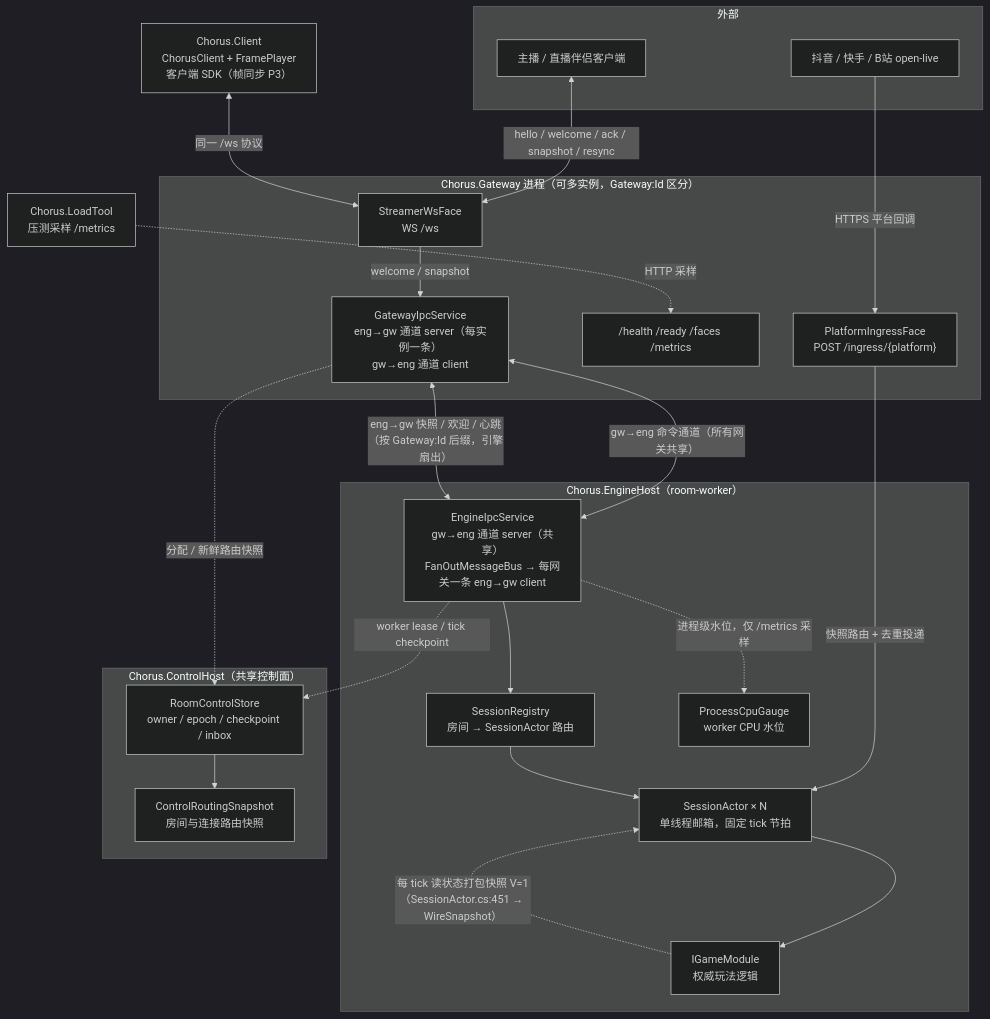
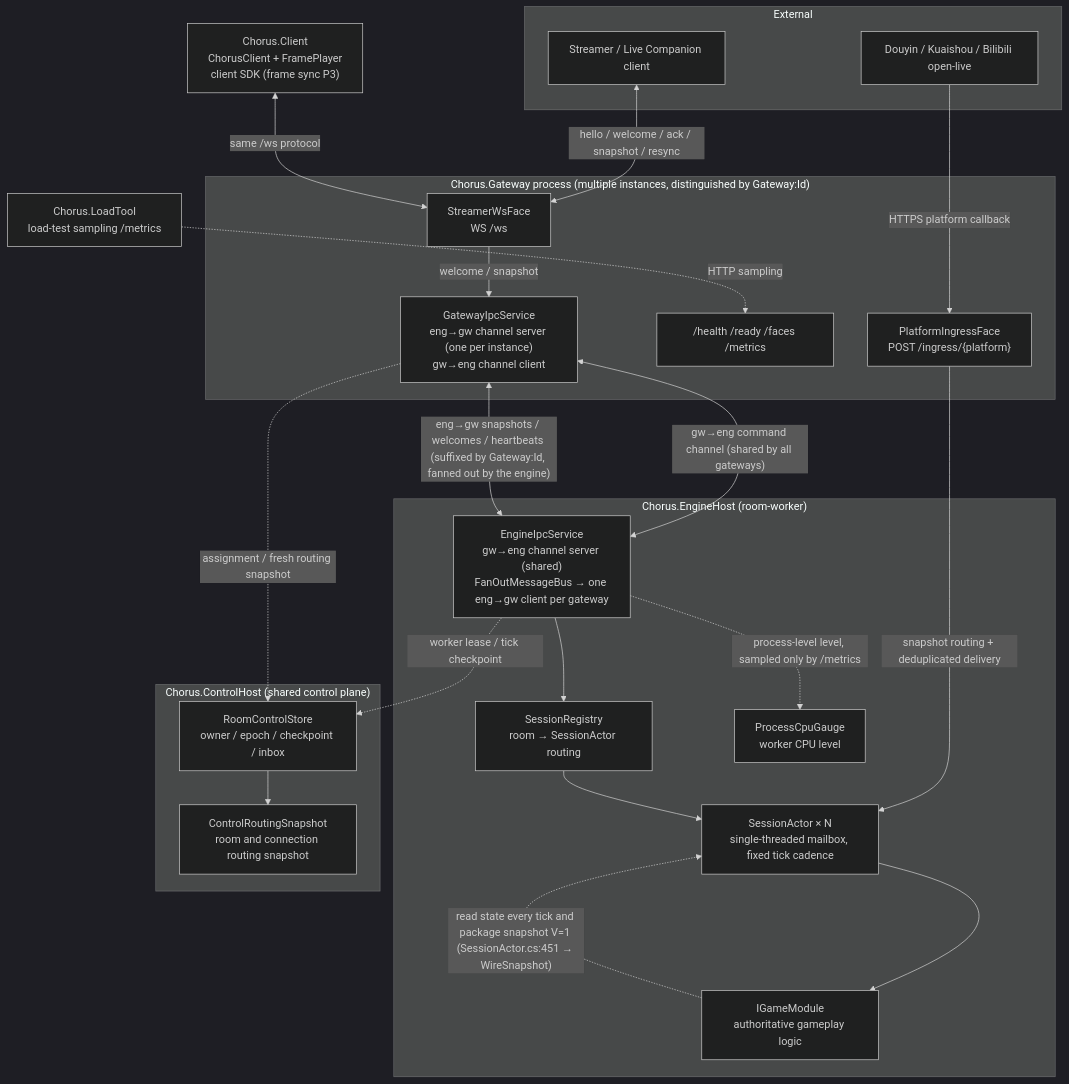
One commit to cuihairu/chorus changed the diagram in docs/design/architecture-overview.md. Above: the diagram before and after it, drawn with Mermaid (dark theme). The commit also changed 59 other files, not shown here.

````diff
--- a/docs/design/architecture-overview.md
+++ b/docs/design/architecture-overview.md
@@ -12,45 +12,45 @@
 ```mermaid
 flowchart TB
-  subgraph EXT["外部"]
-    P["抖音 / 快手 / B站 open-live"]
-    C["主播 / 直播伴侣客户端"]
+  subgraph EXT["External"]
+    P["Douyin / Kuaishou / Bilibili open-live"]
+    C["Streamer / Live Companion client"]
   end
 
-  subgraph GW["Chorus.Gateway 进程（可多实例，Gateway:Id 区分）"]
+  subgraph GW["Chorus.Gateway process (multiple instances, distinguished by Gateway:Id)"]
     INGRESS["PlatformIngressFace<br/>POST /ingress/{platform}"]
     WS["StreamerWsFace<br/>WS /ws"]
     OPS["/health /ready /faces /metrics"]
-    GWIPC["GatewayIpcService<br/>eng→gw 通道 server（每实例一条）<br/>gw→eng 通道 client"]
+    GWIPC["GatewayIpcService<br/>eng→gw channel server (one per instance)<br/>gw→eng channel client"]
   end
 
-  subgraph WORKER["Chorus.EngineHost（room-worker）"]
-    ENGIPC["EngineIpcService<br/>gw→eng 通道 server（共享）<br/>FanOutMessageBus → 每网关一条 eng→gw client"]
-    REG["SessionRegistry<br/>房间 → SessionActor 路由"]
-    SA["SessionActor × N<br/>单线程邮箱，固定 tick 节拍"]
-    GM["IGameModule<br/>权威玩法逻辑"]
-    CPU["ProcessCpuGauge<br/>worker CPU 水位"]
+  subgraph WORKER["Chorus.EngineHost (room-worker)"]
+    ENGIPC["EngineIpcService<br/>gw→eng channel server (shared)<br/>FanOutMessageBus → one eng→gw client per gateway"]
+    REG["SessionRegistry<br/>room → SessionActor routing"]
+    SA["SessionActor × N<br/>single-threaded mailbox, fixed tick cadence"]
+    GM["IGameModule<br/>authoritative gameplay logic"]
+    CPU["ProcessCpuGauge<br/>worker CPU level"]
   end
 
-  subgraph CONTROL["Chorus.ControlHost（共享控制面）"]
+  subgraph CONTROL["Chorus.ControlHost (shared control plane)"]
     ROOMDB["RoomControlStore<br/>owner / epoch / checkpoint / inbox"]
-    ROUTING["ControlRoutingSnapshot<br/>房间与连接路由快照"]
+    ROUTING["ControlRoutingSnapshot<br/>room and connection routing snapshot"]
   end
 
-  LOADTOOL["Chorus.LoadTool<br/>压测采样 /metrics"]
-  SDK["Chorus.Client<br/>ChorusClient + FramePlayer<br/>客户端 SDK（帧同步 P3）"]
+  LOADTOOL["Chorus.LoadTool<br/>load-test sampling /metrics"]
+  SDK["Chorus.Client<br/>ChorusClient + FramePlayer<br/>client SDK (frame sync P3)"]
 
-  P -->|"HTTPS 平台回调"| INGRESS
+  P -->|"HTTPS platform callback"| INGRESS
   C <-->|"hello / welcome / ack / snapshot / resync"| WS
-  SDK <-->|"同一 /ws 协议"| WS
-  INGRESS -->|"快照路由 + 去重投递"| SA
+  SDK <-->|"same /ws protocol"| WS
+  INGRESS -->|"snapshot routing + deduplicated delivery"| SA
   WS -->|"welcome / snapshot"| GWIPC
-  GWIPC <-->|"gw→eng 命令通道（所有网关共享）"| ENGIPC
-  ENGIPC <-->|"eng→gw 快照 / 欢迎 / 心跳（按 Gateway:Id 后缀，引擎扇出）"| GWIPC
+  GWIPC <-->|"gw→eng command channel (shared by all gateways)"| ENGIPC
+  ENGIPC <-->|"eng→gw snapshots / welcomes / heartbeats (suffixed by Gateway:Id, fanned out by the engine)"| GWIPC
   ENGIPC --> REG --> SA --> GM
-  GWIPC -.->|"分配 / 新鲜路由快照"| ROOMDB
+  GWIPC -.->|"assignment / fresh routing snapshot"| ROOMDB
   ENGIPC -.->|"worker lease / tick checkpoint"| ROOMDB
   ROOMDB --> ROUTING
-  GM -.->|"每 tick 读状态打包快照 V=1（SessionActor.cs:451 → WireSnapshot）"| SA
-  ENGIPC -.->|"进程级水位，仅 /metrics 采样"| CPU
-  LOADTOOL -.->|"HTTP 采样"| OPS
+  GM -.->|"read state every tick and package snapshot V=1 (SessionActor.cs:451 → WireSnapshot)"| SA
+  ENGIPC -.->|"process-level level, sampled only by /metrics"| CPU
+  LOADTOOL -.->|"HTTP sampling"| OPS
 ```
````
